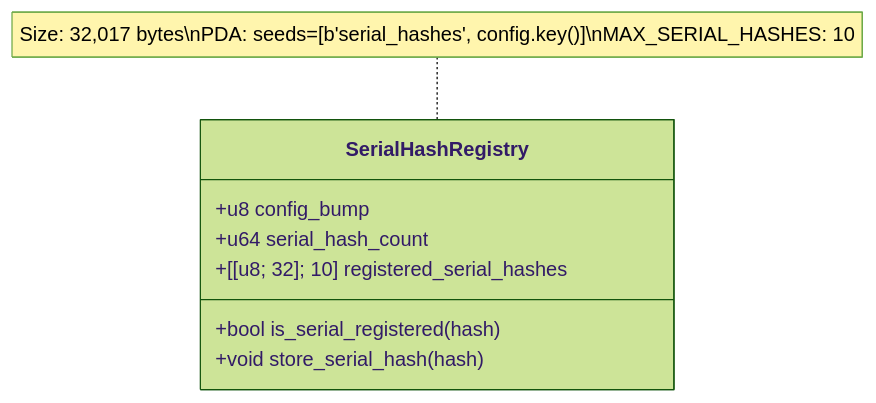
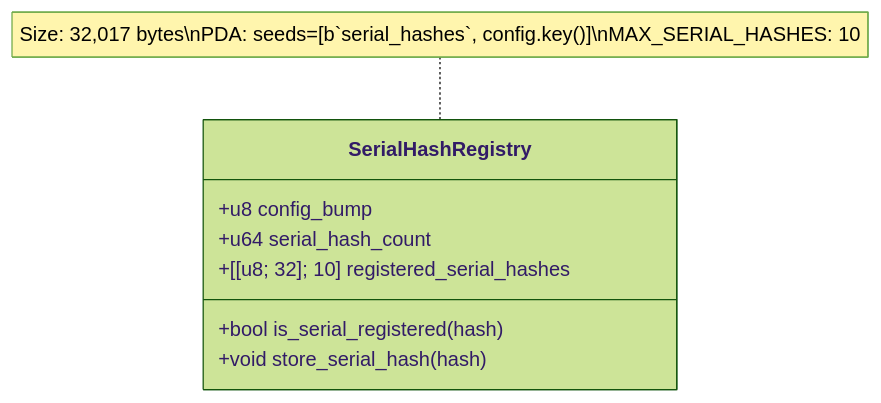
The sixth of 18 diagrams in README.md (87maxi/SupplyChainTracker-solana-), drawn with Mermaid (forest theme) before and after one commit. The commit also changed other lines of this file, not shown here.

First line of the commit message:
fix: repair Mermaid diagram parse errors in README.md

````diff
--- a/README.md
+++ b/README.md
@@ -198,12 +198,12 @@
 ```mermaid
 classDiagram
     class SerialHashRegistry {
         +u8 config_bump
         +u64 serial_hash_count
         +[[u8; 32]; 10] registered_serial_hashes
         +bool is_serial_registered(hash)
         +void store_serial_hash(hash)
     }
 
-    note for SerialHashRegistry "Size: 32,017 bytes\nPDA: seeds=[b'serial_hashes', config.key()]\nMAX_SERIAL_HASHES: 10"
+    note for SerialHashRegistry "Size: 32,017 bytes\nPDA: seeds=[b`serial_hashes`, config.key()]\nMAX_SERIAL_HASHES: 10"
 ```
````
